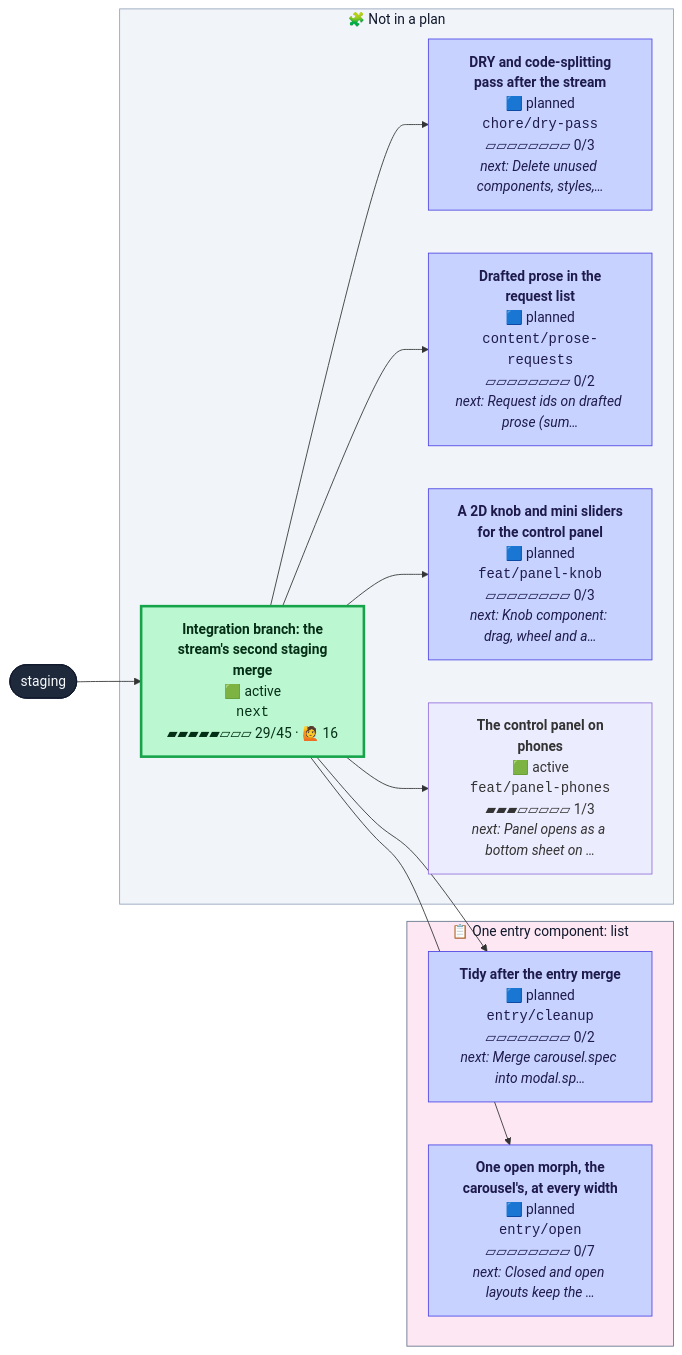
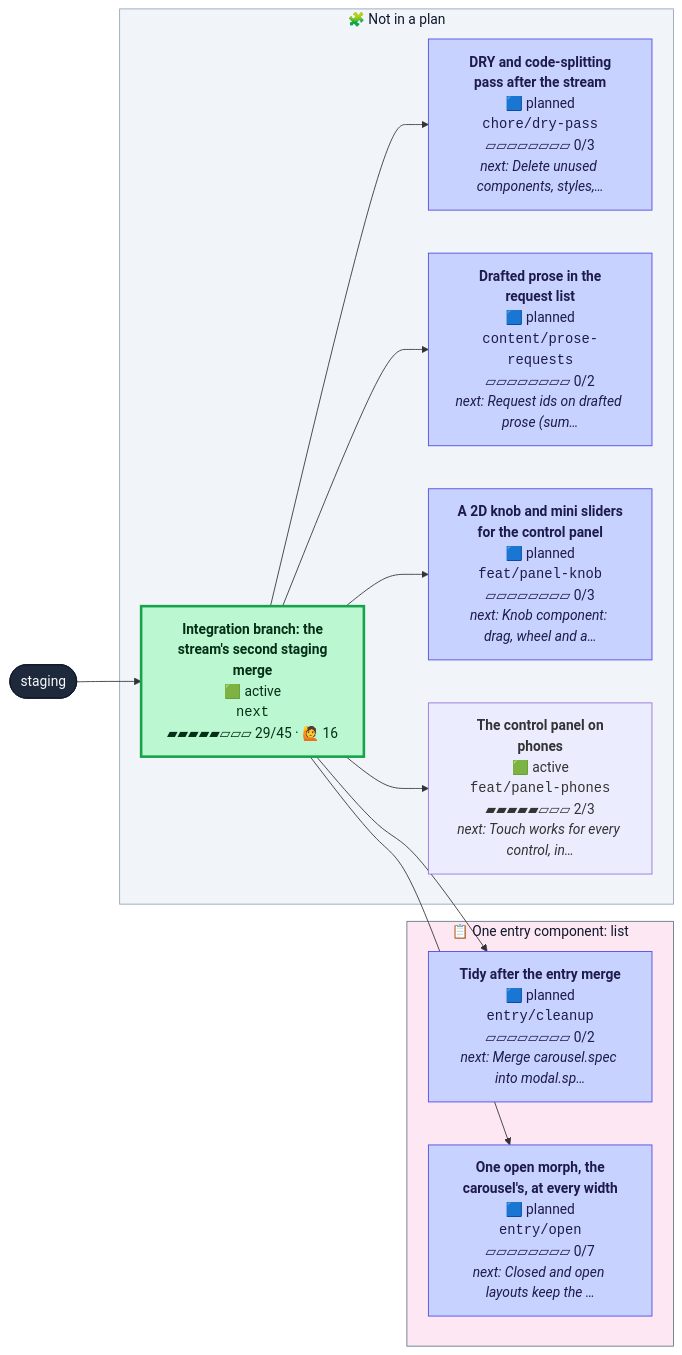
One commit to henryjonescodes/portfolio changed the second of 2 diagrams in CONTRIBUTING.md. Above: the diagram before and after it, drawn with Mermaid. The commit also changed other lines of this file, not shown here.

````diff
--- a/CONTRIBUTING.md
+++ b/CONTRIBUTING.md
@@ -60,41 +57,41 @@
 ```mermaid
 flowchart LR
   n_staging([staging])
   class n_staging trunk
   subgraph plan_1["📋 One entry component: list"]
     n_entry_cleanup["<b>Tidy after the entry merge</b><br/>🟦 planned<br/><code>entry/cleanup</code><br/>▱▱▱▱▱▱▱▱ 0/2<br/><i>next: Merge carousel.spec into modal.sp…</i>"]
     class n_entry_cleanup planned
     n_entry_open["<b>One open morph, the<br/>carousel's, at every width</b><br/>🟦 planned<br/><code>entry/open</code><br/>▱▱▱▱▱▱▱▱ 0/7<br/><i>next: Closed and open layouts keep the …</i>"]
     class n_entry_open planned
   end
   style plan_1 fill:#fce7f3,stroke:#64748b,color:#0f172a
   subgraph loose["🧩 Not in a plan"]
     n_chore_dry_pass["<b>DRY and code-splitting<br/>pass after the stream</b><br/>🟦 planned<br/><code>chore/dry-pass</code><br/>▱▱▱▱▱▱▱▱ 0/3<br/><i>next: Delete unused components, styles,…</i>"]
     class n_chore_dry_pass planned
     n_content_prose_requests["<b>Drafted prose in the<br/>request list</b><br/>🟦 planned<br/><code>content/prose-requests</code><br/>▱▱▱▱▱▱▱▱ 0/2<br/><i>next: Request ids on drafted prose (sum…</i>"]
     class n_content_prose_requests planned
     n_feat_panel_knob["<b>A 2D knob and mini sliders<br/>for the control panel</b><br/>🟦 planned<br/><code>feat/panel-knob</code><br/>▱▱▱▱▱▱▱▱ 0/3<br/><i>next: Knob component: drag, wheel and a…</i>"]
     class n_feat_panel_knob planned
-    n_feat_panel_phones["<b>The control panel on<br/>phones</b><br/>🟩 active<br/><code>feat/panel-phones</code><br/>▰▰▰▱▱▱▱▱ 1/3<br/><i>next: Panel opens as a bottom sheet on …</i>"]
+    n_feat_panel_phones["<b>The control panel on<br/>phones</b><br/>🟩 active<br/><code>feat/panel-phones</code><br/>▰▰▰▰▰▱▱▱ 2/3<br/><i>next: Touch works for every control, in…</i>"]
     class n_feat_panel_phones active,current
     n_next["<b>Integration branch: the<br/>stream's second staging<br/>merge</b><br/>🟩 active<br/><code>next</code><br/>▰▰▰▰▰▱▱▱ 29/45 · 🙋 16"]
     class n_next active
   end
   style loose fill:#f1f5f9,stroke:#94a3b8,color:#0f172a
   n_next --> n_chore_dry_pass
   n_next --> n_content_prose_requests
   n_next --> n_entry_cleanup
   n_next --> n_entry_open
   n_next --> n_feat_panel_knob
   n_next --> n_feat_panel_phones
   n_staging --> n_next
   classDef merged fill:#dcfce7,stroke:#16a34a,color:#052e16
   classDef todo fill:#ffffff,stroke:#94a3b8,stroke-dasharray:2 2,color:#334155
   classDef planned fill:#c7d2fe,stroke:#4f46e5,color:#1e1b4b
   classDef sketched fill:#f8fafc,stroke:#64748b,stroke-dasharray:4 3,color:#334155
   classDef active fill:#bbf7d0,stroke:#16a34a,stroke-width:3px,color:#052e16
   classDef review fill:#fde68a,stroke:#d97706,stroke-width:3px,color:#451a03
   classDef blocked fill:#fecaca,stroke:#dc2626,stroke-width:3px,color:#450a0a
   classDef trunk fill:#1e293b,stroke:#0f172a,color:#f8fafc
   classDef current stroke:#0ea5e9,stroke-width:5px
 ```
````
